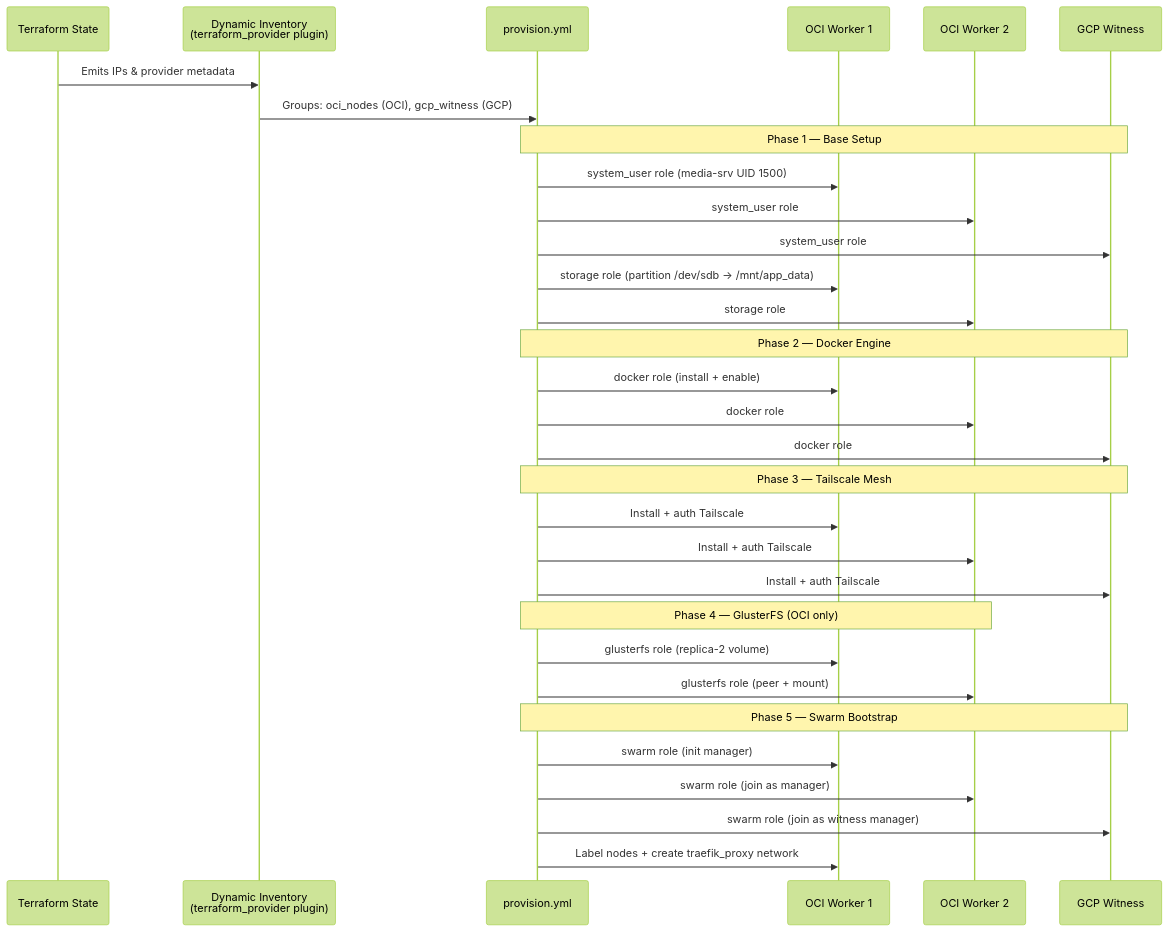
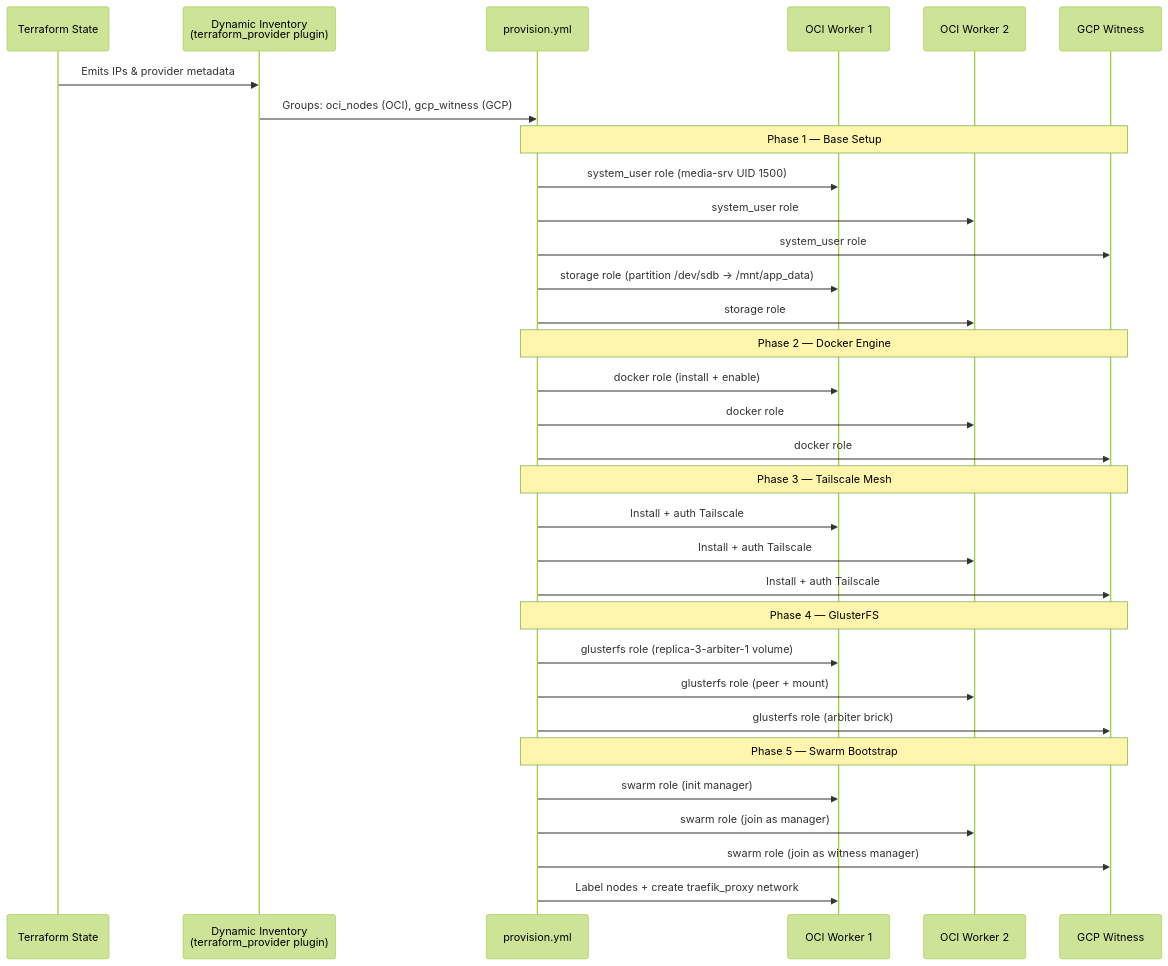
The diagram in docs/ansible.md (JoseStud/GoodOldMeServer), drawn with Mermaid (forest theme) before and after one commit. The commit also changed other lines of this file and 19 other files, not shown here.

````diff
--- a/docs/ansible.md
+++ b/docs/ansible.md
@@ -9,39 +9,40 @@
 ```mermaid
 sequenceDiagram
     participant TF as Terraform State
     participant INV as Dynamic Inventory<br/>(terraform_provider plugin)
     participant PB as provision.yml
     participant OCI1 as OCI Worker 1
     participant OCI2 as OCI Worker 2
     participant GCP as GCP Witness
 
     TF->>INV: Emits IPs & provider metadata
     INV->>PB: Groups: oci_nodes (OCI), gcp_witness (GCP)
 
     Note over PB,GCP: Phase 1 — Base Setup
     PB->>OCI1: system_user role (media-srv UID 1500)
     PB->>OCI2: system_user role
     PB->>GCP: system_user role
     PB->>OCI1: storage role (partition /dev/sdb → /mnt/app_data)
     PB->>OCI2: storage role
 
     Note over PB,GCP: Phase 2 — Docker Engine
     PB->>OCI1: docker role (install + enable)
     PB->>OCI2: docker role
     PB->>GCP: docker role
 
     Note over PB,GCP: Phase 3 — Tailscale Mesh
     PB->>OCI1: Install + auth Tailscale
     PB->>OCI2: Install + auth Tailscale
     PB->>GCP: Install + auth Tailscale
 
-    Note over PB,OCI2: Phase 4 — GlusterFS (OCI only)
-    PB->>OCI1: glusterfs role (replica-2 volume)
+    Note over PB,GCP: Phase 4 — GlusterFS
+    PB->>OCI1: glusterfs role (replica-3-arbiter-1 volume)
     PB->>OCI2: glusterfs role (peer + mount)
+    PB->>GCP: glusterfs role (arbiter brick)
 
     Note over PB,GCP: Phase 5 — Swarm Bootstrap
     PB->>OCI1: swarm role (init manager)
     PB->>OCI2: swarm role (join as manager)
     PB->>GCP: swarm role (join as witness manager)
     PB->>OCI1: Label nodes + create traefik_proxy network
 ```
````
